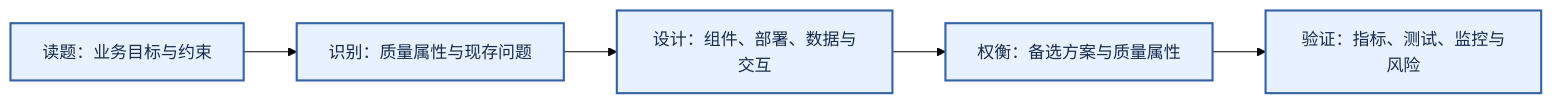
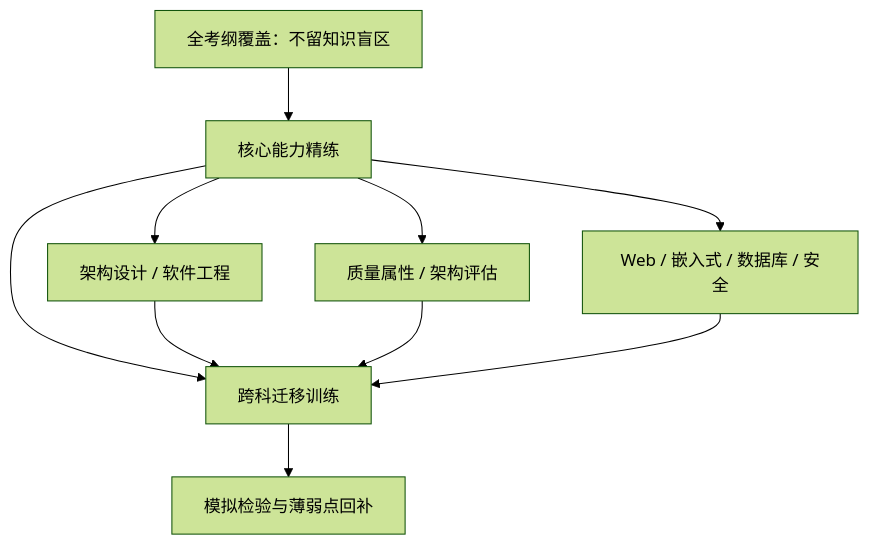
Before and after one commit to mingf423/ruankao: the first of 2 diagrams in docs/system-architecture-designer/01_官方大纲与考试政策/04_知识点重要程度脑图.md, drawn with Mermaid (forest theme). The commit also changed other lines of this file, not shown here.

````diff
--- a/docs/system-architecture-designer/01_官方大纲与考试政策/04_知识点重要程度脑图.md
+++ b/docs/system-architecture-designer/01_官方大纲与考试政策/04_知识点重要程度脑图.md
@@ -65,9 +7,12 @@
-```mermaid
-flowchart LR
-  A["读题：业务目标与约束"] --> B["识别：质量属性与现存问题"]
-  B --> C["设计：组件、部署、数据与交互"]
-  C --> D["权衡：备选方案与质量属性"]
-  D --> E["验证：指标、测试、监控与风险"]
-  classDef step fill:#e8f1ff,stroke:#3563a8,color:#172b4d,stroke-width:2px
-  class A,B,C,D,E step
-```
+~~~mermaid
+flowchart TD
+  A["全考纲覆盖：不留知识盲区"] --> B["核心能力精练"]
+  B --> C["跨科迁移训练"]
+  C --> D["模拟检验与薄弱点回补"]
+  B --> E["架构设计 / 软件工程"]
+  B --> F["质量属性 / 架构评估"]
+  B --> G["Web / 嵌入式 / 数据库 / 安全"]
+  E --> C
+  F --> C
+  G --> C
+~~~
````
